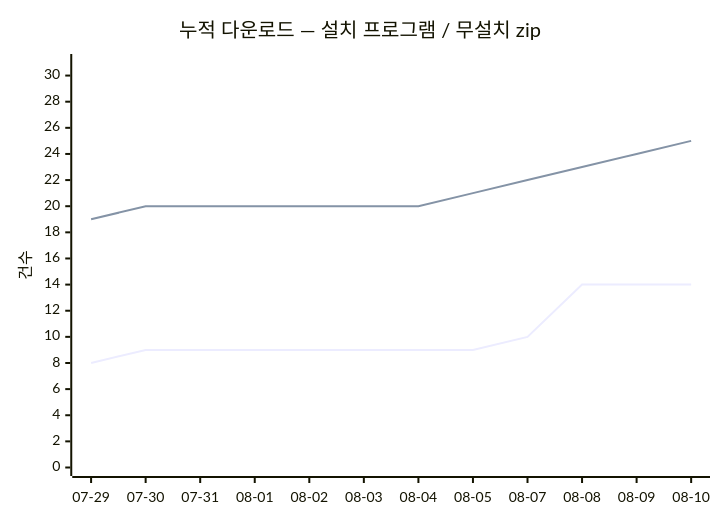
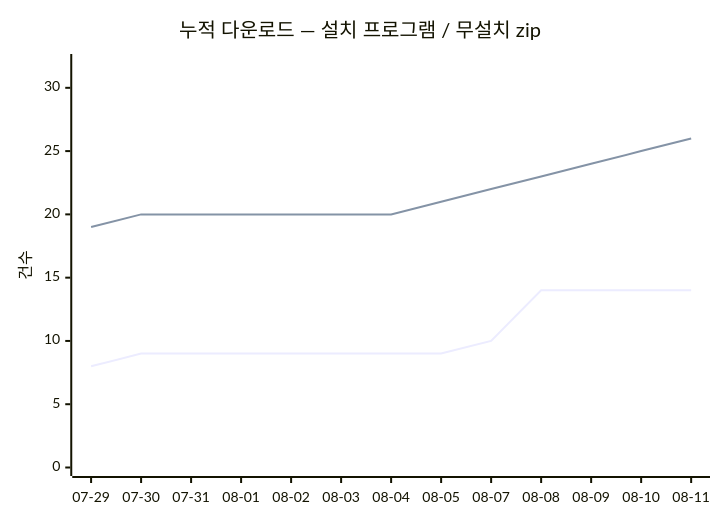
Before and after one commit to dodaseo/ibis-releases: the diagram in README.md, drawn with Mermaid. The commit also changed other lines of this file and 2 other files, not shown here.

Commit message:
chore(stats): 다운로드 스냅숏 2026-08-11

````diff
--- a/README.md
+++ b/README.md
@@ -144,8 +144,8 @@
 ```mermaid
 xychart-beta
     title "누적 다운로드 — 설치 프로그램 / 무설치 zip"
-    x-axis [07-29, 07-30, 07-31, 08-01, 08-02, 08-03, 08-04, 08-05, 08-07, 08-08, 08-09, 08-10]
-    y-axis "건수" 0 --> 31
-    line [8, 9, 9, 9, 9, 9, 9, 9, 10, 14, 14, 14]
-    line [19, 20, 20, 20, 20, 20, 20, 21, 22, 23, 24, 25]
+    x-axis [07-29, 07-30, 07-31, 08-01, 08-02, 08-03, 08-04, 08-05, 08-07, 08-08, 08-09, 08-10, 08-11]
+    y-axis "건수" 0 --> 32
+    line [8, 9, 9, 9, 9, 9, 9, 9, 10, 14, 14, 14, 14]
+    line [19, 20, 20, 20, 20, 20, 20, 21, 22, 23, 24, 25, 26]
 ```
````
